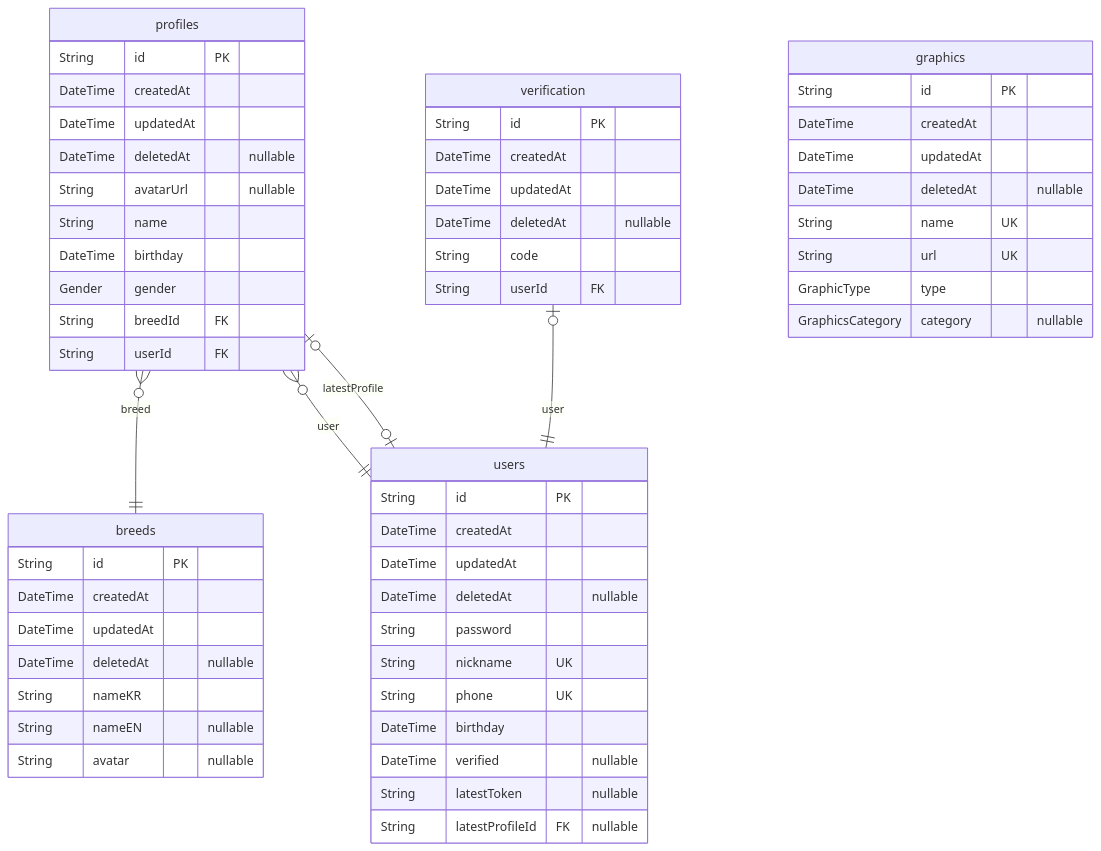
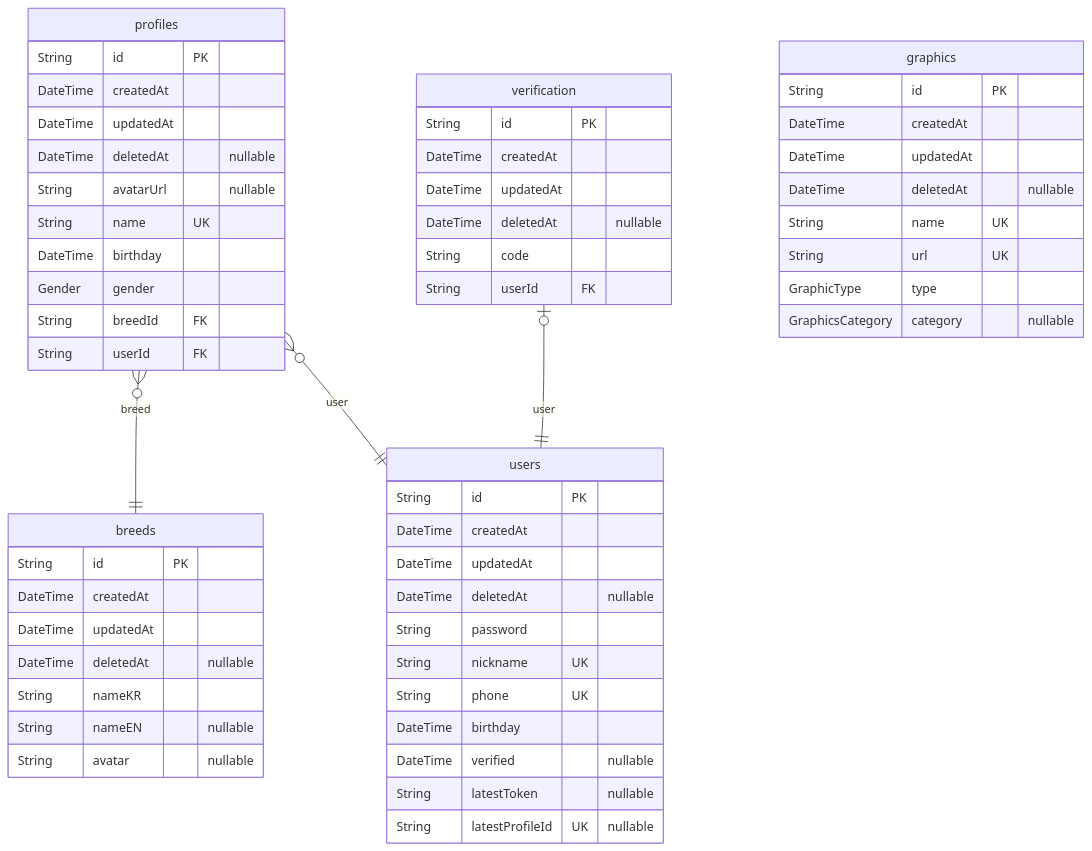
One commit to Medici-Mansion/poop-backend changed the diagram in prisma/ERD.md. Above: the diagram before and after it, drawn with Mermaid. The commit also changed 31 other files, not shown here.

````diff
--- a/prisma/ERD.md
+++ b/prisma/ERD.md
@@ -7,59 +7,58 @@
 ```mermaid
 erDiagram
 "breeds" {
   String id PK
   DateTime createdAt
   DateTime updatedAt
   DateTime deletedAt "nullable"
   String nameKR
   String nameEN "nullable"
   String avatar "nullable"
 }
 "profiles" {
   String id PK
   DateTime createdAt
   DateTime updatedAt
   DateTime deletedAt "nullable"
   String avatarUrl "nullable"
-  String name
+  String name UK
   DateTime birthday
   Gender gender
   String breedId FK
   String userId FK
 }
 "users" {
   String id PK
   DateTime createdAt
   DateTime updatedAt
   DateTime deletedAt "nullable"
   String password
   String nickname UK
   String phone UK
   DateTime birthday
   DateTime verified "nullable"
   String latestToken "nullable"
-  String latestProfileId FK "nullable"
+  String latestProfileId UK "nullable"
 }
 "verification" {
   String id PK
   DateTime createdAt
   DateTime updatedAt
   DateTime deletedAt "nullable"
   String code
   String userId FK
 }
 "graphics" {
   String id PK
   DateTime createdAt
   DateTime updatedAt
   DateTime deletedAt "nullable"
   String name UK
   String url UK
   GraphicType type
   GraphicsCategory category "nullable"
 }
 "profiles" }o--|| "breeds" : breed
 "profiles" }o--|| "users" : user
-"users" |o--o| "profiles" : latestProfile
 "verification" |o--|| "users" : user
 ```
````
